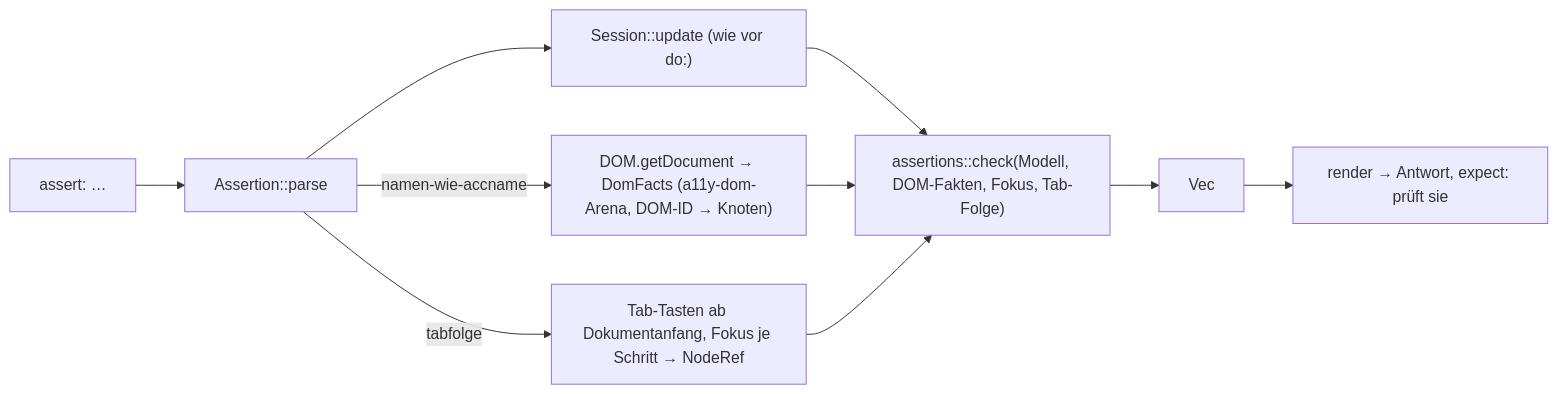
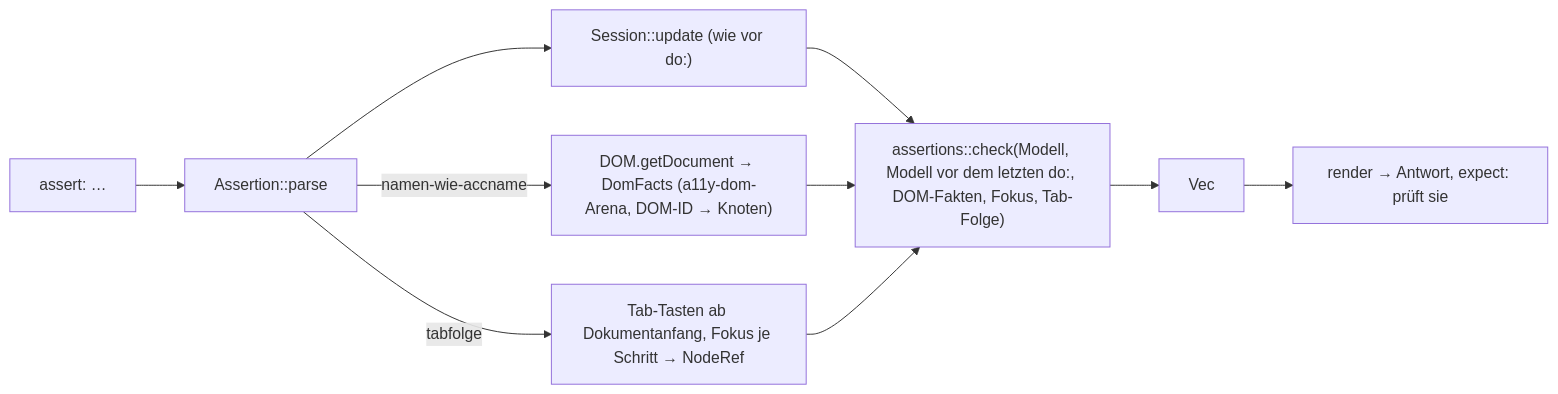
The fourth of 4 diagrams in docs/architecture.md (casoon/relief), drawn with Mermaid before and after one commit. The commit also changed other lines of this file and 13 other files, not shown here.

````diff
--- a/docs/architecture.md
+++ b/docs/architecture.md
@@ -274,11 +274,11 @@
 ```mermaid
 flowchart LR
   L["assert: …"] --> P["Assertion::parse"]
   P --> U["Session::update (wie vor do:)"]
   P -->|"namen-wie-accname"| D["DOM.getDocument → DomFacts (a11y-dom-Arena, DOM-ID → Knoten)"]
   P -->|"tabfolge"| T["Tab-Tasten ab Dokumentanfang, Fokus je Schritt → NodeRef"]
-  U --> C["assertions::check(Modell, DOM-Fakten, Fokus, Tab-Folge)"]
+  U --> C["assertions::check(Modell, Modell vor dem letzten do:, DOM-Fakten, Fokus, Tab-Folge)"]
   D --> C
   T --> C
   C --> F["Vec<a11y_report::Finding>"] --> R["render → Antwort, expect: prüft sie"]
 ```
````
